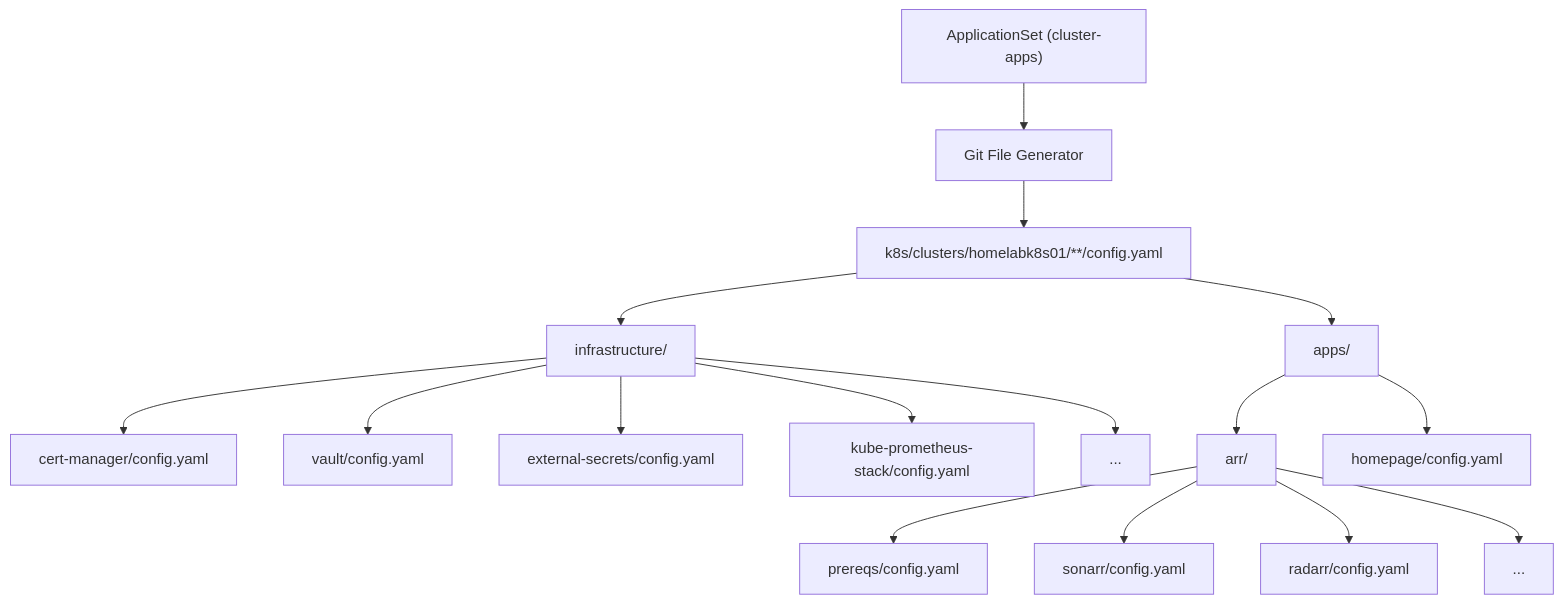
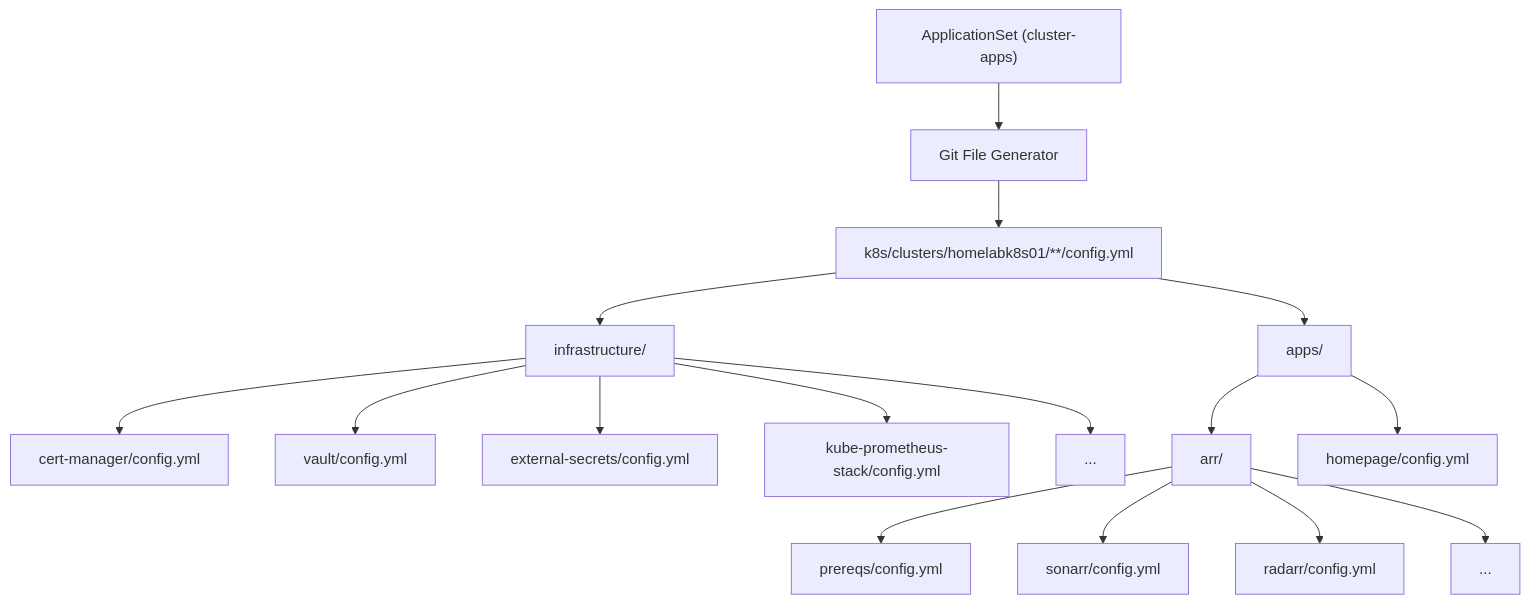
Before and after one commit to kyleseneker/homelab: the first of 2 diagrams in docs/architecture/gitops.md, drawn with Mermaid. The commit also changed other lines of this file and 33 other files, not shown here.

Commit message:
docs(roadmap): mark jellyfin config-as-code covered by the operator

````diff
--- a/docs/architecture/gitops.md
+++ b/docs/architecture/gitops.md
@@ -9,22 +9,22 @@
 ```mermaid
 flowchart TD
     appSet["ApplicationSet (cluster-apps)"] --> generator["Git File Generator"]
-    generator --> glob["k8s/clusters/homelabk8s01/**/config.yaml"]
+    generator --> glob["k8s/clusters/homelabk8s01/**/config.yml"]
 
     glob --> infraConfigs["infrastructure/"]
     glob --> appConfigs["apps/"]
 
-    infraConfigs --> certManager["cert-manager/config.yaml"]
-    infraConfigs --> vault["vault/config.yaml"]
-    infraConfigs --> externalSecrets["external-secrets/config.yaml"]
-    infraConfigs --> prometheusStack["kube-prometheus-stack/config.yaml"]
+    infraConfigs --> certManager["cert-manager/config.yml"]
+    infraConfigs --> vault["vault/config.yml"]
+    infraConfigs --> externalSecrets["external-secrets/config.yml"]
+    infraConfigs --> prometheusStack["kube-prometheus-stack/config.yml"]
     infraConfigs --> moreInfra["..."]
 
     appConfigs --> arrDir["arr/"]
-    appConfigs --> homepage["homepage/config.yaml"]
+    appConfigs --> homepage["homepage/config.yml"]
 
-    arrDir --> prereqs["prereqs/config.yaml"]
-    arrDir --> sonarr["sonarr/config.yaml"]
-    arrDir --> radarr["radarr/config.yaml"]
+    arrDir --> prereqs["prereqs/config.yml"]
+    arrDir --> sonarr["sonarr/config.yml"]
+    arrDir --> radarr["radarr/config.yml"]
     arrDir --> moreArr["..."]
 ```
````
